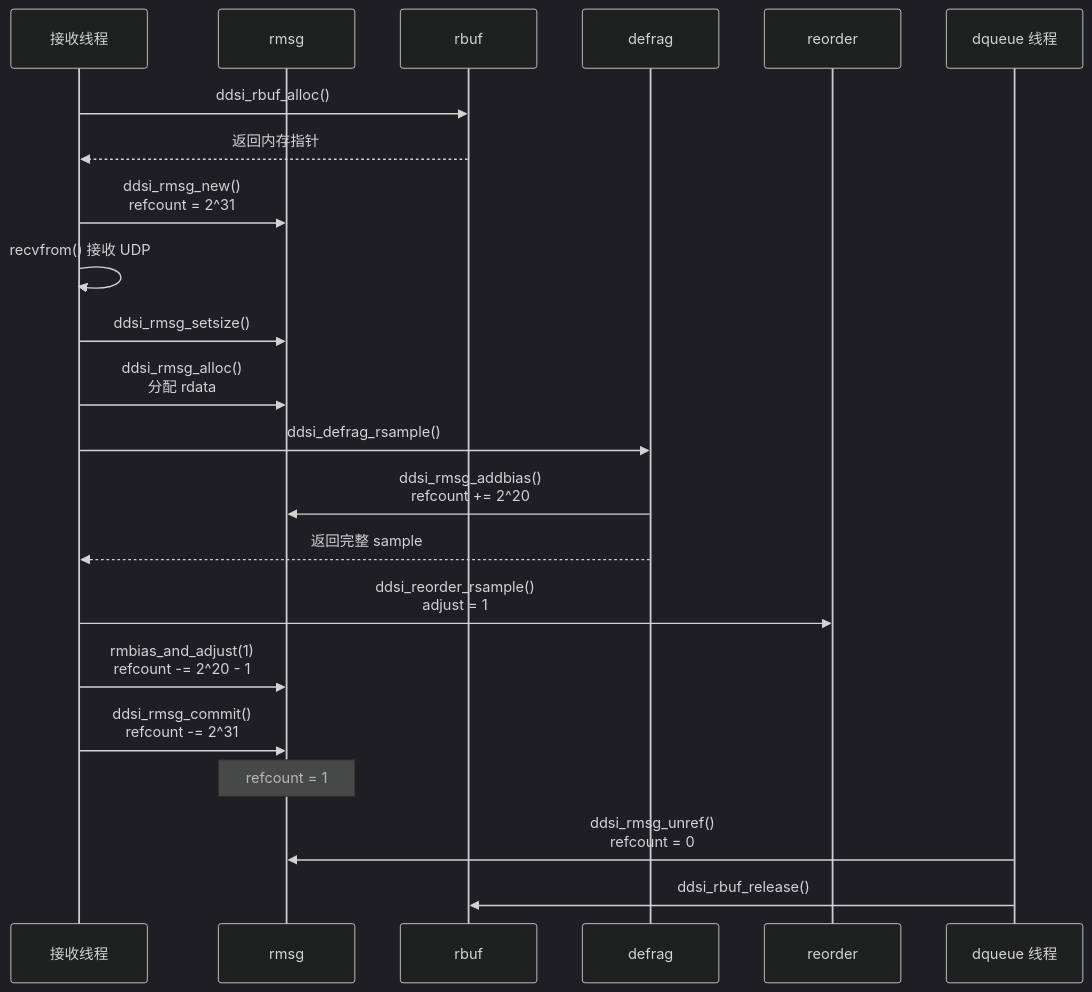
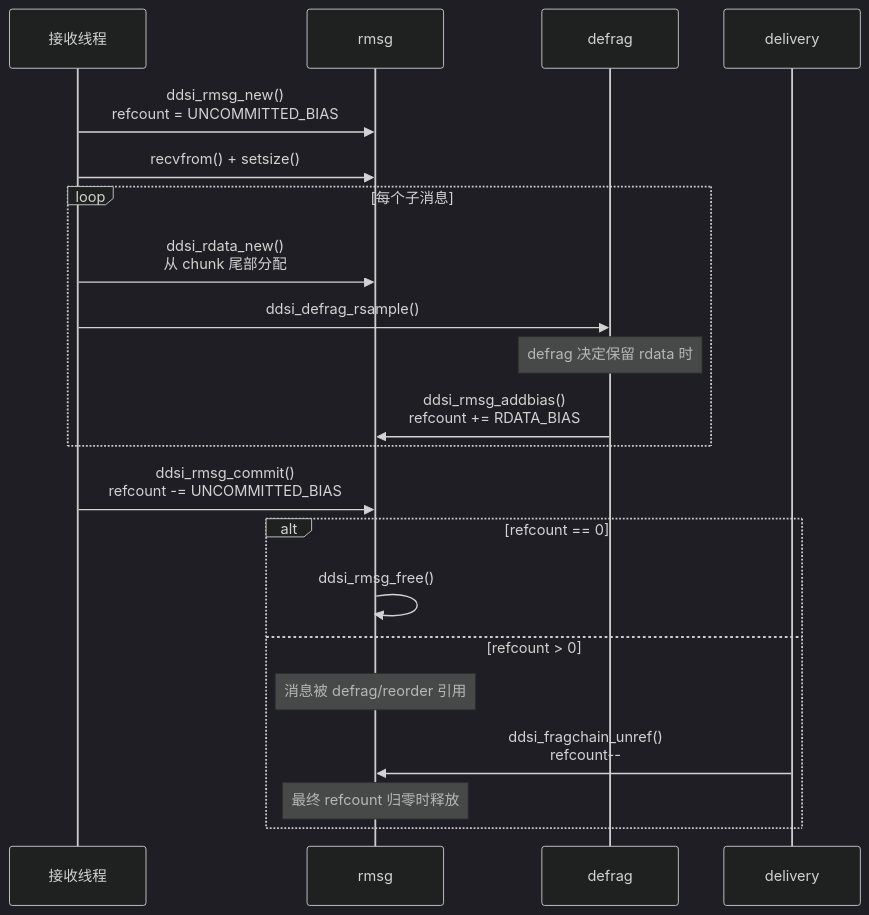
Before and after one commit to Learner-Geek-Perfectionist/Cyclone-DDS-Study: the second of 3 diagrams in study/rbuf-memory-model/02-rmsg-rdata.md, drawn with Mermaid (dark theme). The commit also changed other lines of this file and 1514 other files, not shown here.

````diff
--- a/study/rbuf-memory-model/02-rmsg-rdata.md
+++ b/study/rbuf-memory-model/02-rmsg-rdata.md
@@ -568,25 +94,27 @@
 ```mermaid
 sequenceDiagram
     participant RT as 接收线程
     participant RMSG as rmsg
-    participant RBUF as rbuf
-    participant DF as defrag
-    participant RO as reorder
-    participant DQ as dqueue 线程
+    participant DEF as defrag
+    participant DQ as delivery
 
-    RT->>RBUF: ddsi_rbuf_alloc()
-    RBUF-->>RT: 返回内存指针
-    RT->>RMSG: ddsi_rmsg_new()<br/>refcount = 2^31
-    RT->>RT: recvfrom() 接收 UDP
-    RT->>RMSG: ddsi_rmsg_setsize()
-    RT->>RMSG: ddsi_rmsg_alloc()<br/>分配 rdata
-    RT->>DF: ddsi_defrag_rsample()
-    DF->>RMSG: ddsi_rmsg_addbias()<br/>refcount += 2^20
-    DF-->>RT: 返回完整 sample
-    RT->>RO: ddsi_reorder_rsample()<br/>adjust = 1
-    RT->>RMSG: rmbias_and_adjust(1)<br/>refcount -= 2^20 - 1
-    RT->>RMSG: ddsi_rmsg_commit()<br/>refcount -= 2^31
-    Note over RMSG: refcount = 1
-    DQ->>RMSG: ddsi_rmsg_unref()<br/>refcount = 0
-    DQ->>RBUF: ddsi_rbuf_release()
+    RT->>RMSG: ddsi_rmsg_new()<br/>refcount = UNCOMMITTED_BIAS
+    RT->>RMSG: recvfrom() + setsize()
+
+    loop 每个子消息
+        RT->>RMSG: ddsi_rdata_new()<br/>从 chunk 尾部分配
+        RT->>DEF: ddsi_defrag_rsample()
+        Note over DEF: defrag 决定保留 rdata 时
+        DEF->>RMSG: ddsi_rmsg_addbias()<br/>refcount += RDATA_BIAS
+    end
+
+    RT->>RMSG: ddsi_rmsg_commit()<br/>refcount -= UNCOMMITTED_BIAS
+
+    alt refcount == 0
+        RMSG->>RMSG: ddsi_rmsg_free()
+    else refcount > 0
+        Note over RMSG: 消息被 defrag/reorder 引用
+        DQ->>RMSG: ddsi_fragchain_unref()<br/>refcount--
+        Note over RMSG: 最终 refcount 归零时释放
+    end
 ```
````
